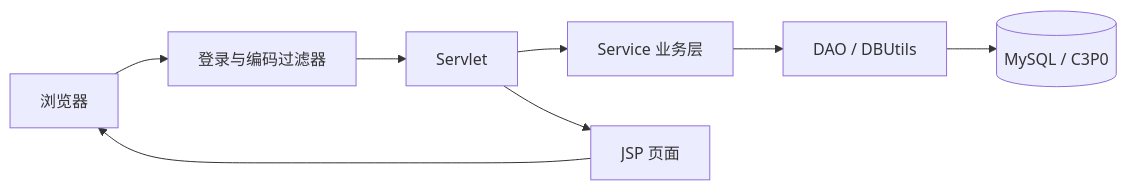
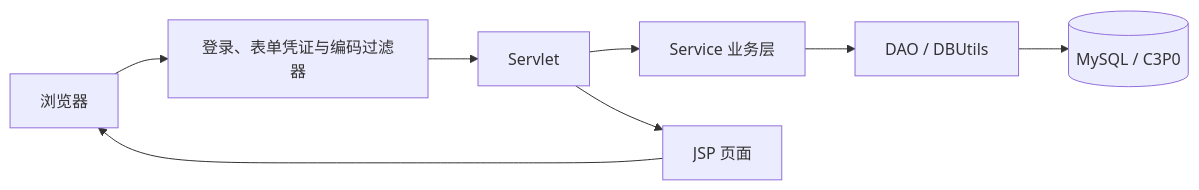
One commit to jinzhengwang60-del/java-library-management-system changed the diagram in README.md. Above: the diagram before and after it, drawn with Mermaid. The commit also changed other lines of this file and 53 other files, not shown here.

```diff
--- a/README.md
+++ b/README.md
@@ -29,10 +30,10 @@
 ~~~mermaid
 flowchart LR
-    Browser[浏览器] --> Filter[登录与编码过滤器]
+    Browser[浏览器] --> Filter[登录、表单凭证与编码过滤器]
     Filter --> Servlet[Servlet]
     Servlet --> Service[Service 业务层]
     Service --> DAO[DAO / DBUtils]
     DAO --> DB[(MySQL / C3P0)]
     Servlet --> JSP[JSP 页面]
     JSP --> Browser
 ~~~
```
